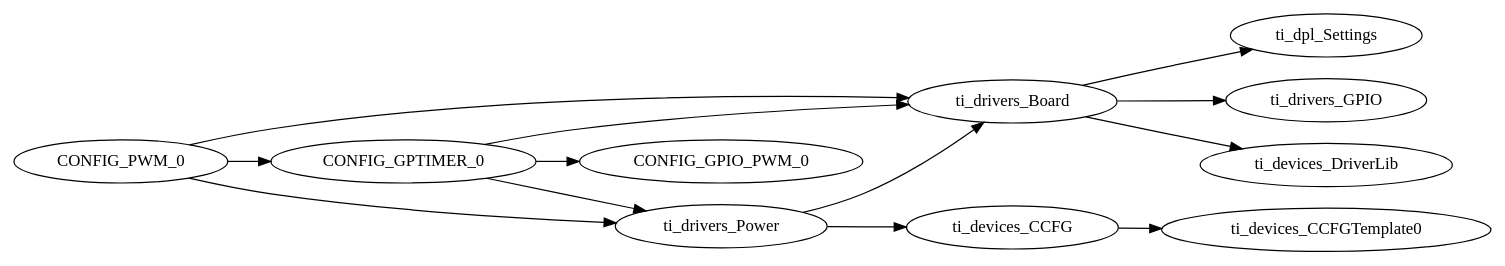
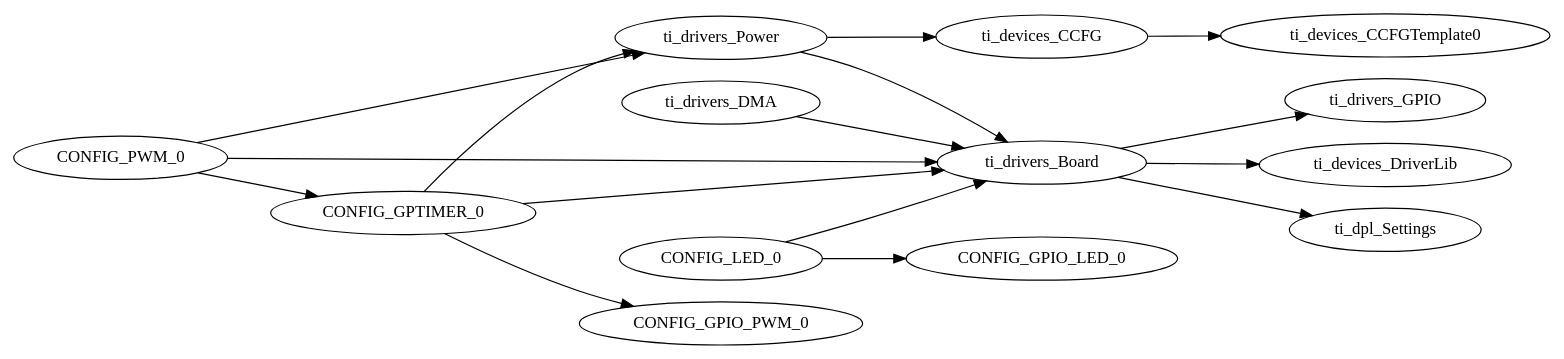
The diagram in Debug/syscfg/ti_utils_runtime_model.gv (PramoSan/LED_Task_TL), drawn with Graphviz before and after one commit. The commit also changed 11 other files, not shown here.

```diff
--- a/Debug/syscfg/ti_utils_runtime_model.gv
+++ b/Debug/syscfg/ti_utils_runtime_model.gv
@@ -1,34 +1,41 @@
 digraph Model
 {
     graph[rankdir=LR]
 
     // mod.$name=/ti/devices/CCFG
     ti_devices_CCFG -> ti_devices_CCFGTemplate0
 
     // mod.$name=/ti/devices/CCFGTemplate
 
     // mod.$name=/ti/devices/DriverLib
 
     // mod.$name=/ti/dpl/Settings
 
     // mod.$name=/ti/drivers/Board
     ti_drivers_Board -> ti_drivers_GPIO
     ti_drivers_Board -> ti_devices_DriverLib
     ti_drivers_Board -> ti_dpl_Settings
 
+    // mod.$name=/ti/drivers/DMA
+    ti_drivers_DMA -> ti_drivers_Board
+
     // mod.$name=/ti/drivers/GPIO
 
     // mod.$name=/ti/drivers/PWM
     CONFIG_PWM_0 -> ti_drivers_Power
     CONFIG_PWM_0 -> ti_drivers_Board
     CONFIG_PWM_0 -> CONFIG_GPTIMER_0
 
     // mod.$name=/ti/drivers/Power
     ti_drivers_Power -> ti_devices_CCFG
     ti_drivers_Power -> ti_drivers_Board
 
+    // mod.$name=/ti/drivers/apps/LED
+    CONFIG_LED_0 -> ti_drivers_Board
+    CONFIG_LED_0 -> CONFIG_GPIO_LED_0
+
     // mod.$name=/ti/drivers/timer/GPTimerCC26XX
     CONFIG_GPTIMER_0 -> ti_drivers_Power
     CONFIG_GPTIMER_0 -> ti_drivers_Board
     CONFIG_GPTIMER_0 -> CONFIG_GPIO_PWM_0
 }
```
